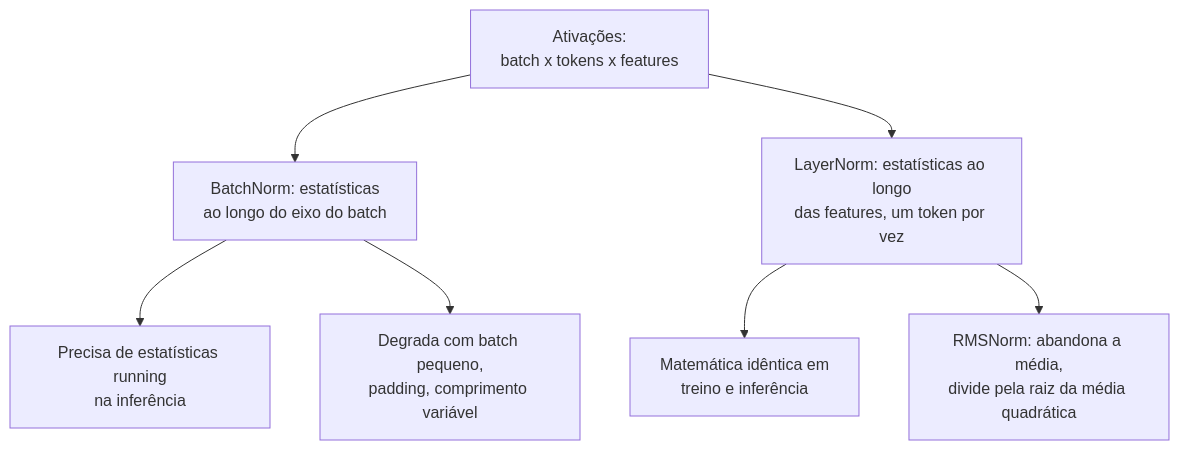
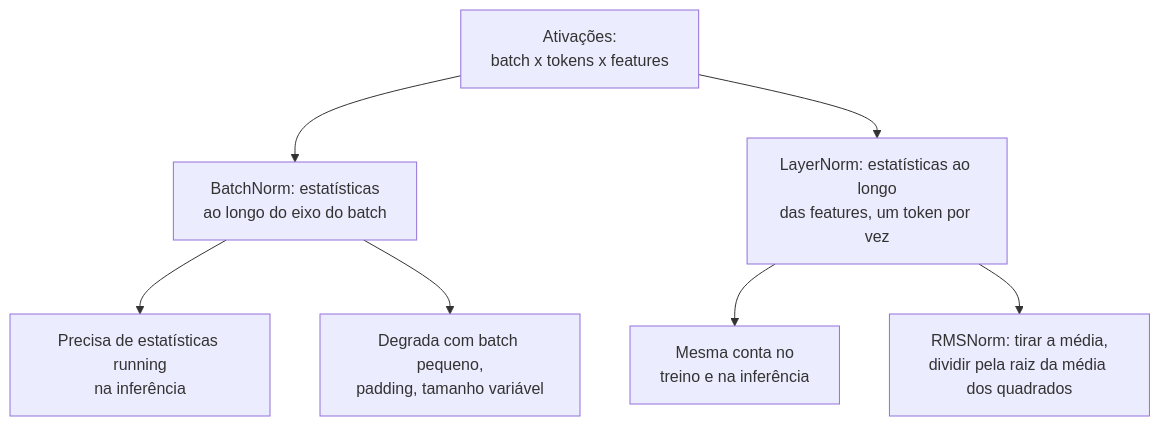
Diagram 15 of 27 in 01-ml-and-dl-foundations/questions.pt-BR.md (andrevberaldo/AI-Engineer-Interview-Questions), drawn with Mermaid before and after one commit. The commit also changed other lines of this file, not shown here.

````diff
--- a/01-ml-and-dl-foundations/questions.pt-BR.md
+++ b/01-ml-and-dl-foundations/questions.pt-BR.md
@@ -711,9 +711,9 @@
 ```mermaid
 flowchart TD
     A["Ativações:<br/>batch x tokens x features"] --> B["BatchNorm: estatísticas<br/>ao longo do eixo do batch"]
     A --> C["LayerNorm: estatísticas ao longo<br/>das features, um token por vez"]
     B --> D["Precisa de estatísticas running<br/>na inferência"]
-    B --> E["Degrada com batch pequeno,<br/>padding, comprimento variável"]
-    C --> F["Matemática idêntica em<br/>treino e inferência"]
-    C --> G["RMSNorm: abandona a média,<br/>divide pela raiz da média quadrática"]
+    B --> E["Degrada com batch pequeno,<br/>padding, tamanho variável"]
+    C --> F["Mesma conta no<br/>treino e na inferência"]
+    C --> G["RMSNorm: tirar a média,<br/>dividir pela raiz da média dos quadrados"]
 ```
````
